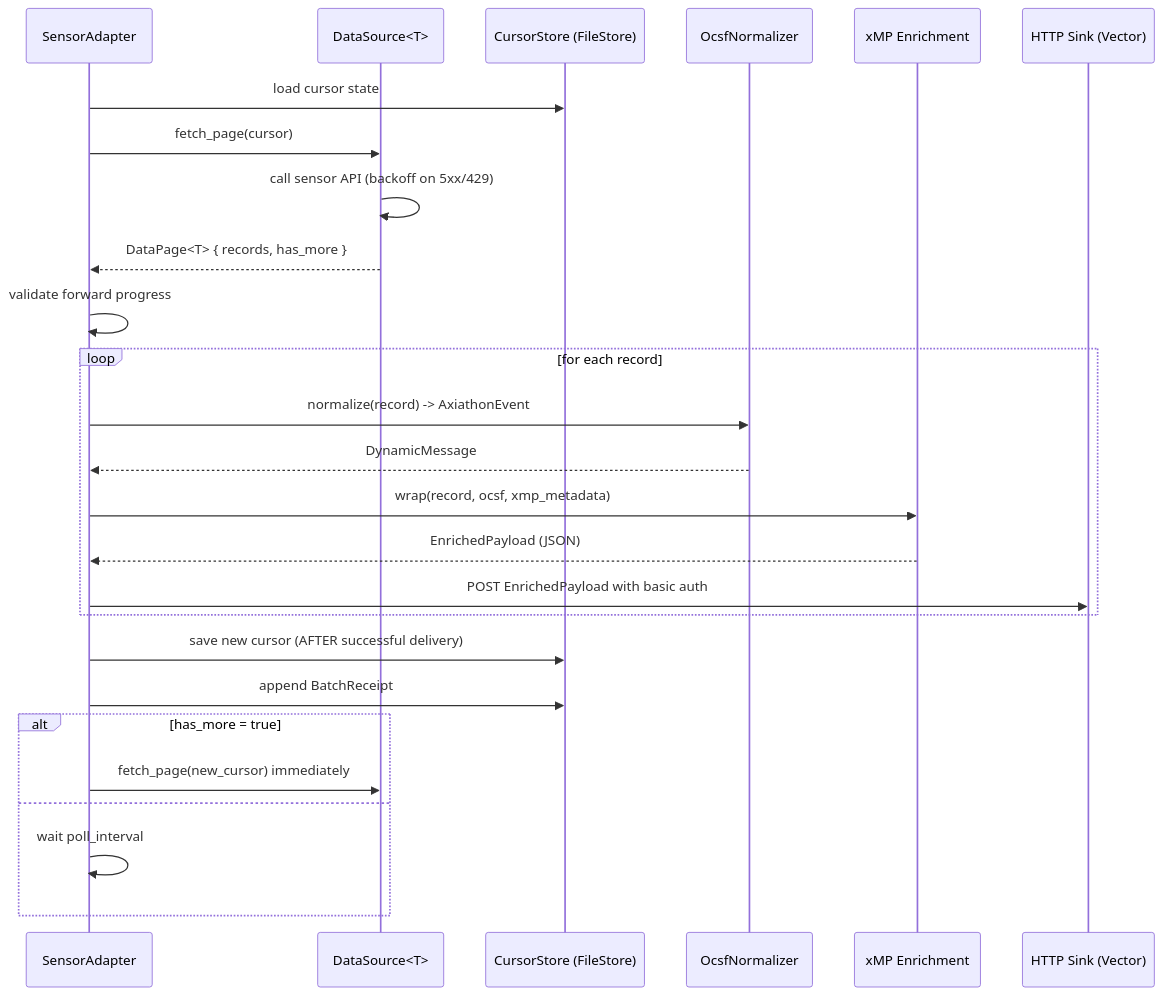
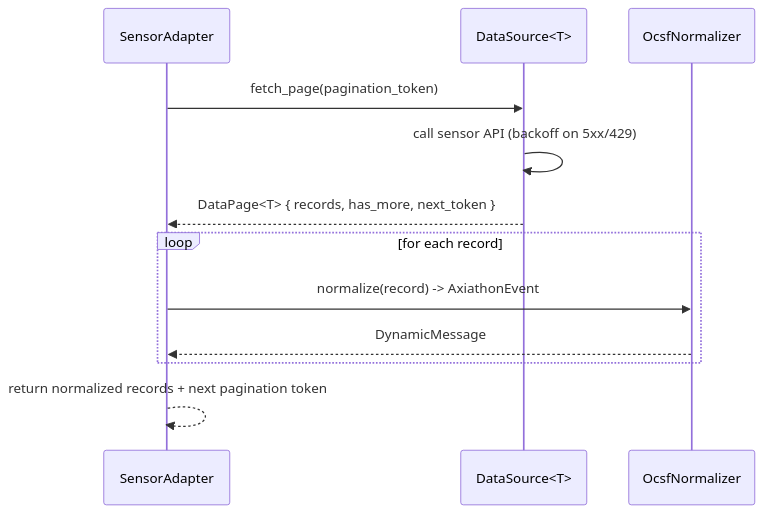
One commit to drbothen/prism changed the second of 4 diagrams in phase-0-ingestion/recovered-architecture.md. Above: the diagram before and after it, drawn with Mermaid. The commit also changed other lines of this file and 2 other files, not shown here.

````diff
--- a/phase-0-ingestion/recovered-architecture.md
+++ b/phase-0-ingestion/recovered-architecture.md
@@ -605,29 +571,15 @@
 ```mermaid
 sequenceDiagram
     participant SA as SensorAdapter
     participant DS as DataSource<T>
-    participant CS as CursorStore (FileStore)
     participant NORM as OcsfNormalizer
-    participant XMP as xMP Enrichment
-    participant SINK as HTTP Sink (Vector)
 
-    SA->>CS: load cursor state
-    SA->>DS: fetch_page(cursor)
+    SA->>DS: fetch_page(pagination_token)
     DS->>DS: call sensor API (backoff on 5xx/429)
-    DS-->>SA: DataPage<T> { records, has_more }
-    SA->>SA: validate forward progress
+    DS-->>SA: DataPage<T> { records, has_more, next_token }
     loop for each record
         SA->>NORM: normalize(record) -> AxiathonEvent
         NORM-->>SA: DynamicMessage
-        SA->>XMP: wrap(record, ocsf, xmp_metadata)
-        XMP-->>SA: EnrichedPayload (JSON)
-        SA->>SINK: POST EnrichedPayload with basic auth
     end
-    SA->>CS: save new cursor (AFTER successful delivery)
-    SA->>CS: append BatchReceipt
-    alt has_more = true
-        SA->>DS: fetch_page(new_cursor) immediately
-    else
-        SA->>SA: wait poll_interval
-    end
+    SA-->>SA: return normalized records + next pagination token
 ```
````
